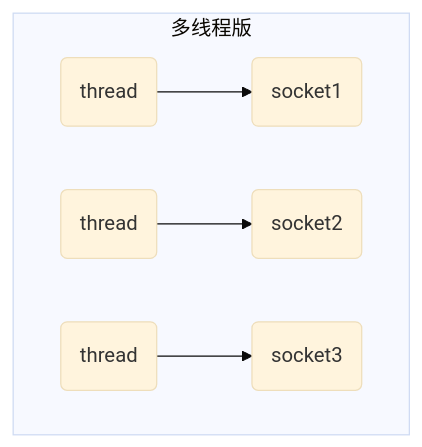
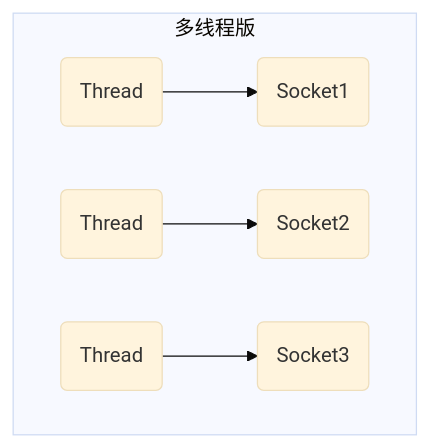
One commit to ACatSmiling/zero-to-zero changed the first of 5 diagrams in Foundation/netty.md. Above: the diagram before and after it, drawn with Mermaid (base theme). The commit also changed other lines of this file, not shown here.

````diff
--- a/Foundation/netty.md
+++ b/Foundation/netty.md
@@ -64,8 +62,8 @@
    ```mermaid
    graph TD
    subgraph 多线程版
-   t1(thread) --> s1(socket1)
-   t2(thread) --> s2(socket2)
-   t3(thread) --> s3(socket3)
+   t1(Thread) --> s1(Socket1)
+   t2(Thread) --> s2(Socket2)
+   t3(Thread) --> s3(Socket3)
    end
    ```
````
